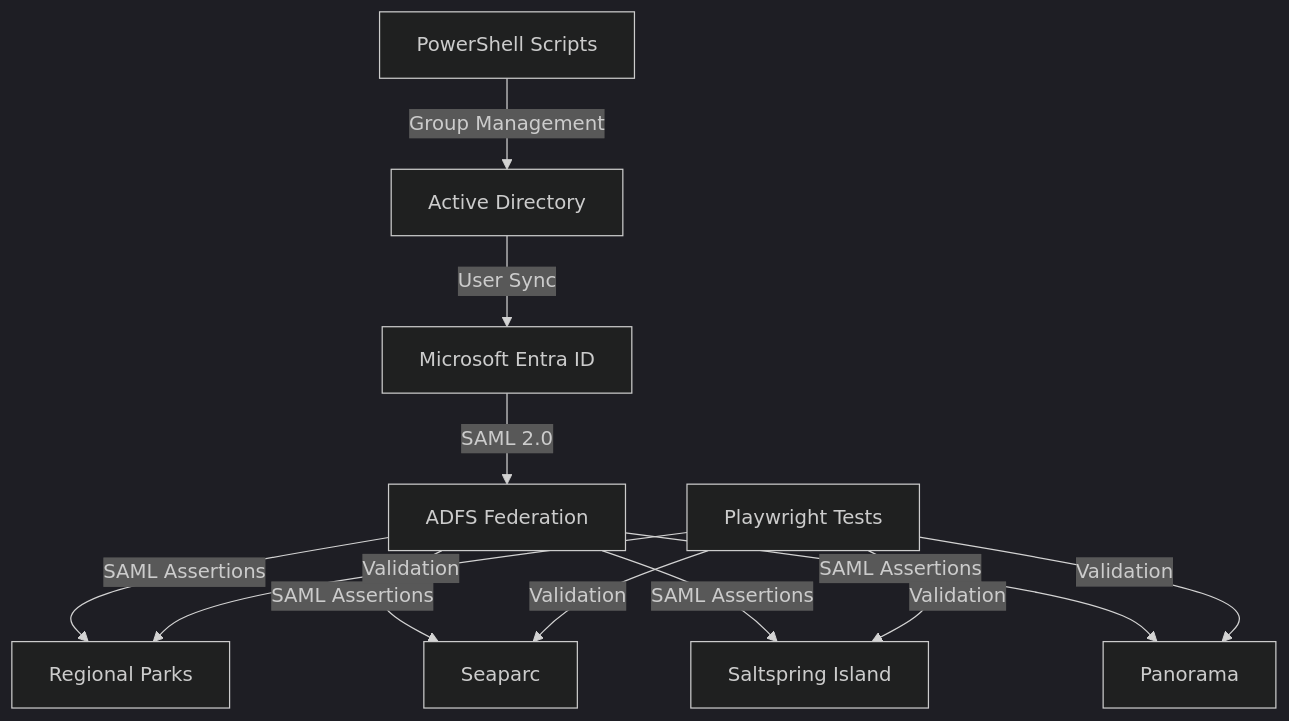
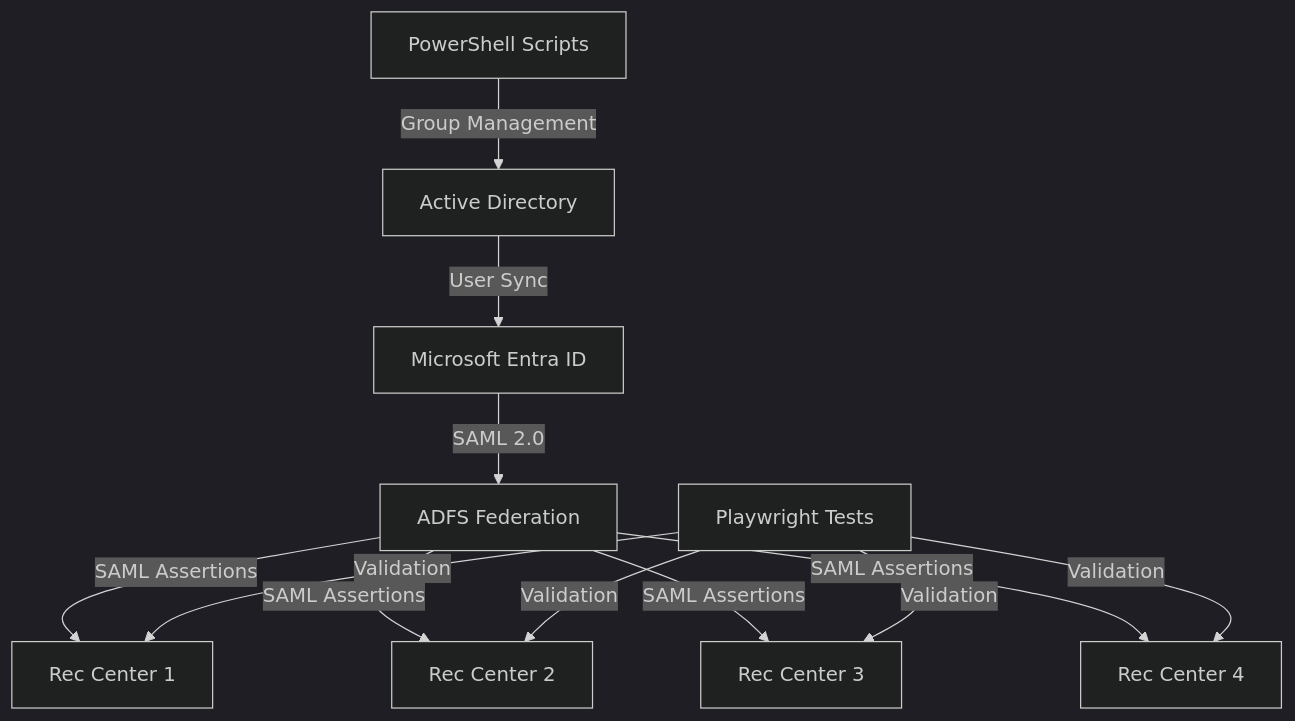
Before and after one commit to data-octo/data-octo.github.io: the third of 3 diagrams in docs/blog/2026-01-25-entra-sso.md, drawn with Mermaid (dark theme). The commit also changed other lines of this file, not shown here.

````diff
--- a/docs/blog/2026-01-25-entra-sso.md
+++ b/docs/blog/2026-01-25-entra-sso.md
@@ -188,15 +188,15 @@
 ```mermaid
 graph TD
     AD[Active Directory] -->|User Sync| Entra[Microsoft Entra ID]
     Entra -->|SAML 2.0| ADFS[ADFS Federation]
-    ADFS -->|SAML Assertions| RP[Regional Parks]
-    ADFS -->|SAML Assertions| SE[Seaparc]
-    ADFS -->|SAML Assertions| SI[Saltspring Island]
-    ADFS -->|SAML Assertions| PA[Panorama]
+    ADFS -->|SAML Assertions| RP[Rec Center 1]
+    ADFS -->|SAML Assertions| SE[Rec Center 2]
+    ADFS -->|SAML Assertions| SI[Rec Center 3]
+    ADFS -->|SAML Assertions| PA[Rec Center 4]
     
     PS[PowerShell Scripts] -->|Group Management| AD
     WT[Playwright Tests] -->|Validation| RP
     WT -->|Validation| SE
     WT -->|Validation| SI
     WT -->|Validation| PA
 ```
````
